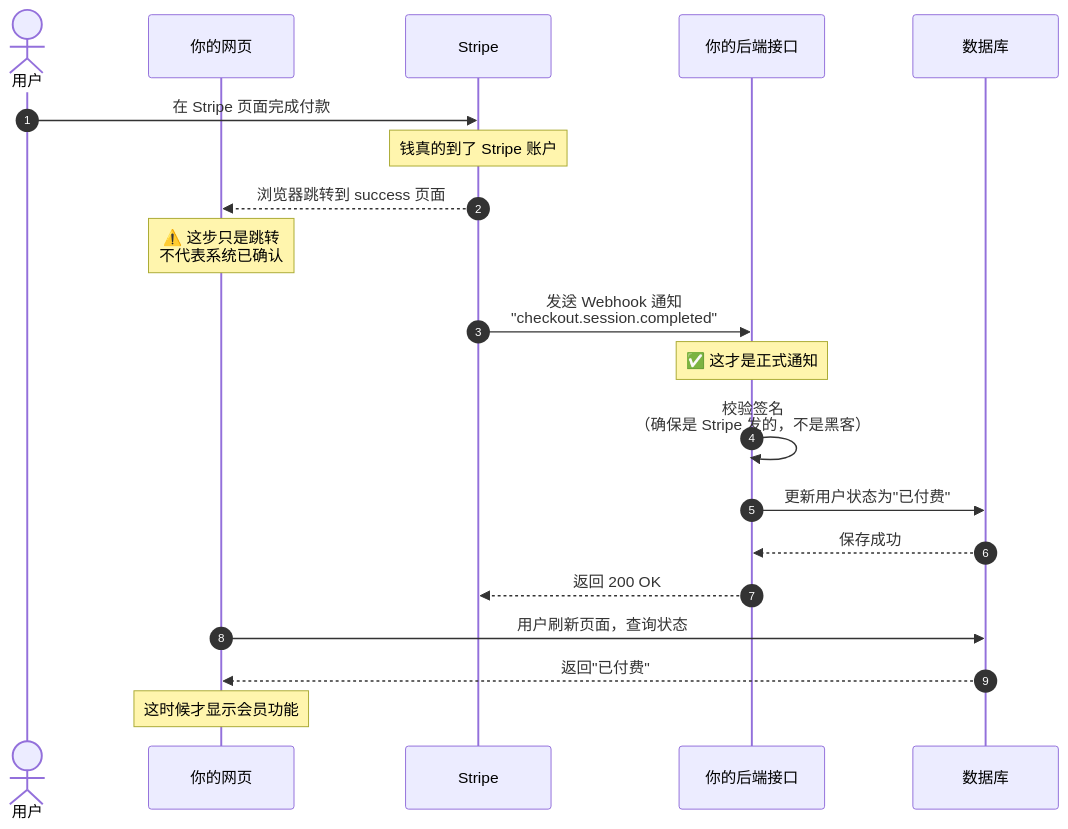
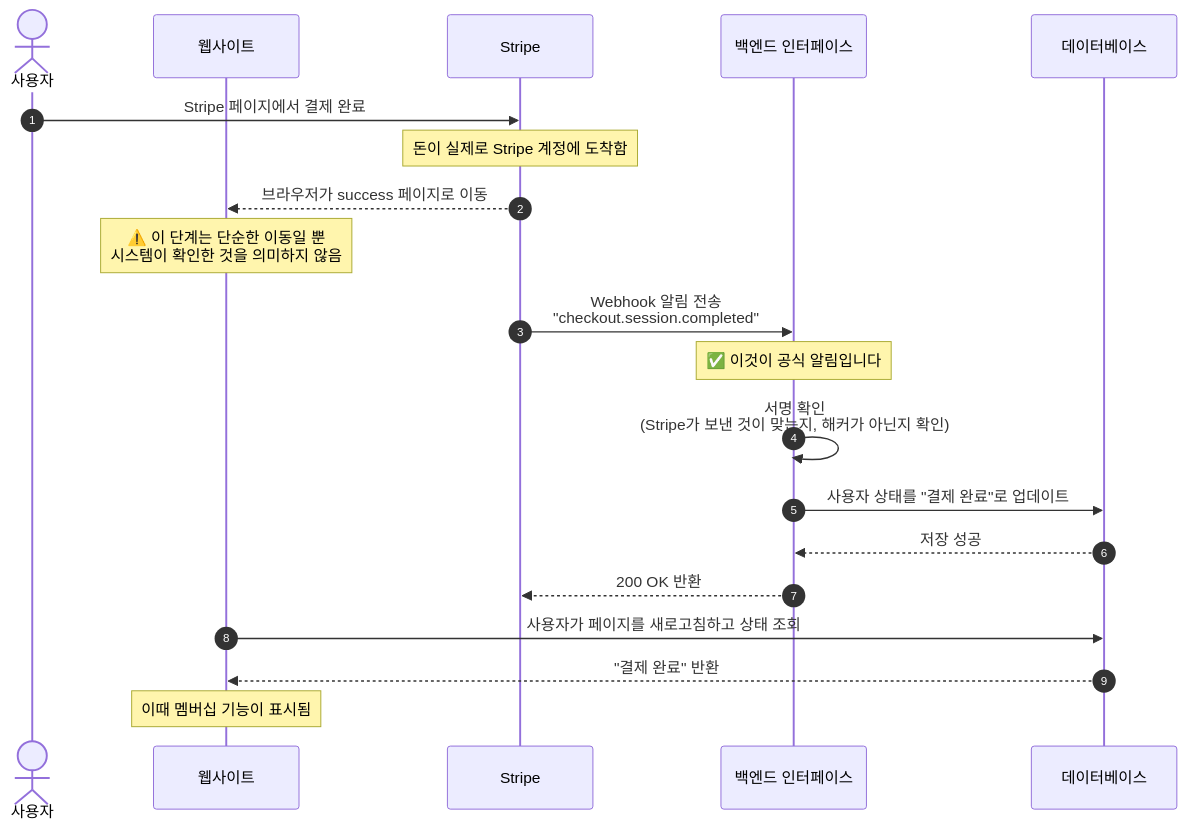
One commit to sketchymonk/easy-vibe changed the fourth of 6 diagrams in docs/ko-kr/stage-2/backend/stripe-payment/index.md. Above: the diagram before and after it, drawn with Mermaid. The commit also changed other lines of this file and 59 other files, not shown here.

````diff
--- a/docs/ko-kr/stage-2/backend/stripe-payment/index.md
+++ b/docs/ko-kr/stage-2/backend/stripe-payment/index.md
@@ -552,28 +552,28 @@
 ```mermaid
 sequenceDiagram
   autonumber
-  actor User as 用户
-  participant Frontend as 你的网页
+  actor User as 사용자
+  participant Frontend as 웹사이트
   participant Stripe as Stripe
-  participant Webhook as 你的后端接口
-  participant DB as 数据库
+  participant Webhook as 백엔드 인터페이스
+  participant DB as 데이터베이스
 
-  User->>Stripe: 在 Stripe 页面完成付款
-  Note over Stripe: 钱真的到了 Stripe 账户
+  User->>Stripe: Stripe 페이지에서 결제 완료
+  Note over Stripe: 돈이 실제로 Stripe 계정에 도착함
 
-  Stripe-->>Frontend: 浏览器跳转到 success 页面
-  Note over Frontend: ⚠️ 这步只是跳转<br/>不代表系统已确认
+  Stripe-->>Frontend: 브라우저가 success 페이지로 이동
+  Note over Frontend: ⚠️ 이 단계는 단순한 이동일 뿐<br/>시스템이 확인한 것을 의미하지 않음
 
-  Stripe->>Webhook: 发送 Webhook 通知<br/>"checkout.session.completed"
-  Note over Webhook: ✅ 这才是正式通知
+  Stripe->>Webhook: Webhook 알림 전송<br/>"checkout.session.completed"
+  Note over Webhook: ✅ 이것이 공식 알림입니다
 
-  Webhook->>Webhook: 校验签名<br/>（确保是 Stripe 发的，不是黑客）
+  Webhook->>Webhook: 서명 확인<br/>(Stripe가 보낸 것이 맞는지, 해커가 아닌지 확인)
 
-  Webhook->>DB: 更新用户状态为"已付费"
-  DB-->>Webhook: 保存成功
-  Webhook-->>Stripe: 返回 200 OK
+  Webhook->>DB: 사용자 상태를 "결제 완료"로 업데이트
+  DB-->>Webhook: 저장 성공
+  Webhook-->>Stripe: 200 OK 반환
 
-  Frontend->>DB: 用户刷新页面，查询状态
-  DB-->>Frontend: 返回"已付费"
-  Note over Frontend: 这时候才显示会员功能
+  Frontend->>DB: 사용자가 페이지를 새로고침하고 상태 조회
+  DB-->>Frontend: "결제 완료" 반환
+  Note over Frontend: 이때 멤버십 기능이 표시됨
 ```
````
